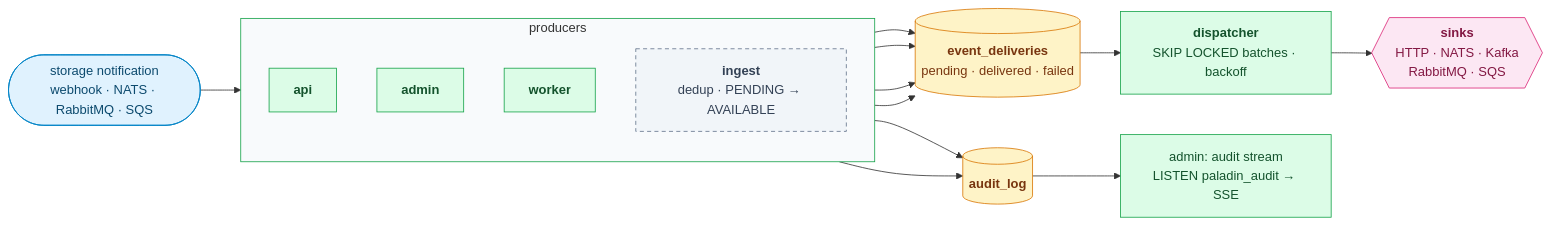
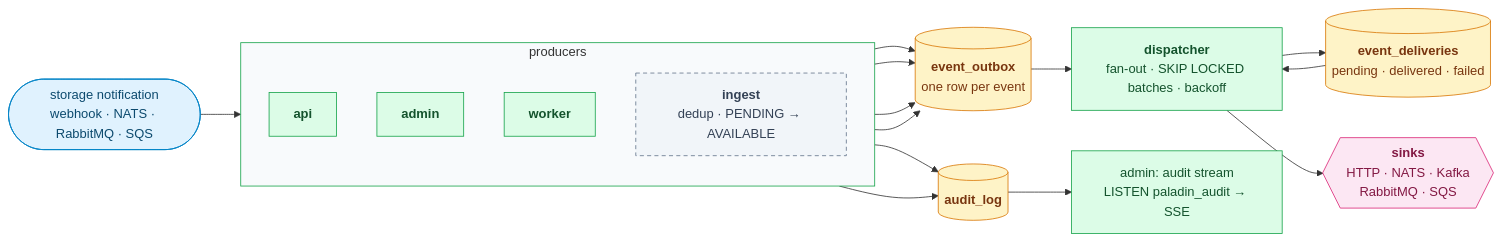
One commit to oleg-tkachuk/paladin changed the fifth of 14 diagrams in backend/docs/diagrams.md. Above: the diagram before and after it, drawn with Mermaid. The commit also changed other lines of this file and 64 other files, not shown here.

First line of the commit message:
fix(events): record each event once and fan it out in the dispatcher

````diff
--- a/backend/docs/diagrams.md
+++ b/backend/docs/diagrams.md
@@ -192,33 +192,35 @@
 ```mermaid
 flowchart LR
     notif(["storage notification<br/>webhook · NATS · RabbitMQ · SQS"])
     subgraph prod ["producers"]
         direction TB
         api["<b>api</b>"]
         admin["<b>admin</b>"]
         worker["<b>worker</b>"]
         ingest["<b>ingest</b><br/>dedup · PENDING → AVAILABLE"]
     end
+    recorded[("<b>event_outbox</b><br/>one row per event")]
     outbox[("<b>event_deliveries</b><br/>pending · delivered · failed")]
-    disp["<b>dispatcher</b><br/>SKIP LOCKED batches · backoff"]
+    disp["<b>dispatcher</b><br/>fan-out · SKIP LOCKED batches · backoff"]
     sinks{{"<b>sinks</b><br/>HTTP · NATS · Kafka<br/>RabbitMQ · SQS"}}
     audit[("<b>audit_log</b>")]
     sse["admin: audit stream<br/>LISTEN paladin_audit → SSE"]
 
     notif --> ingest
-    api & admin & worker & ingest --> outbox --> disp --> sinks
+    api & admin & worker & ingest --> recorded --> disp
+    disp --> outbox --> disp --> sinks
     api & admin --> audit --> sse
 
     classDef client fill:#E0F2FE,stroke:#0284C7,color:#0C4A6E
     classDef ui fill:#EDE9FE,stroke:#7C3AED,color:#3B0764
     classDef role fill:#DCFCE7,stroke:#16A34A,color:#14532D
     classDef optional fill:#F1F5F9,stroke:#64748B,color:#334155,stroke-dasharray:5 4
     classDef store fill:#FEF3C7,stroke:#D97706,color:#78350F
     classDef external fill:#FCE7F3,stroke:#DB2777,color:#831843
     class notif client
     class api,admin,worker,disp,sse role
     class ingest optional
-    class outbox,audit store
+    class recorded,outbox,audit store
     class sinks external
     style prod fill:#F8FAFC,stroke:#16A34A
 ```
````
